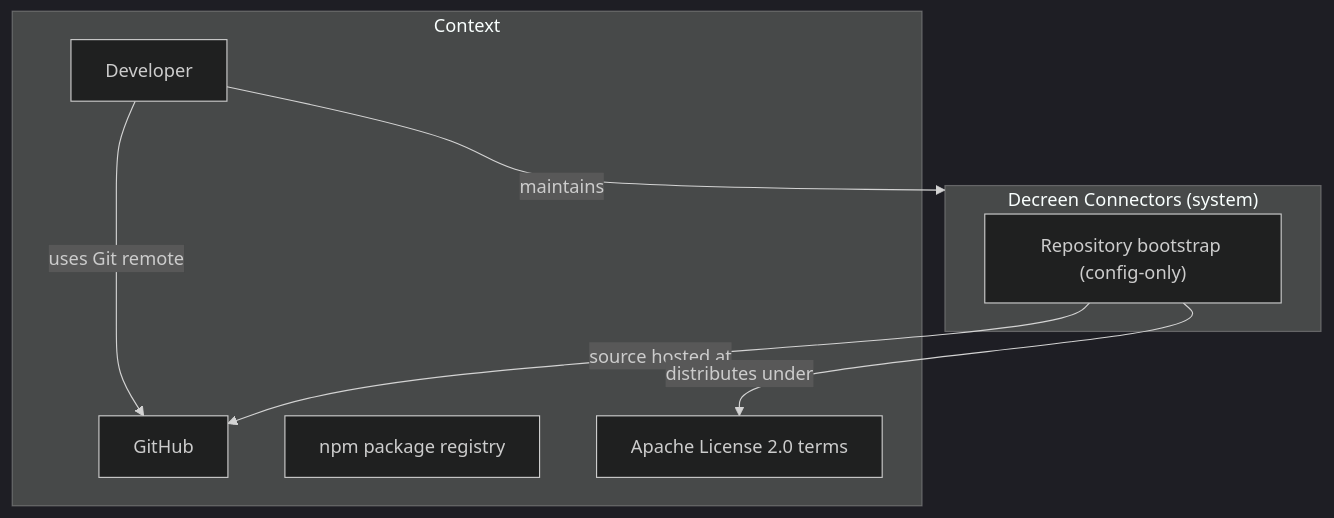
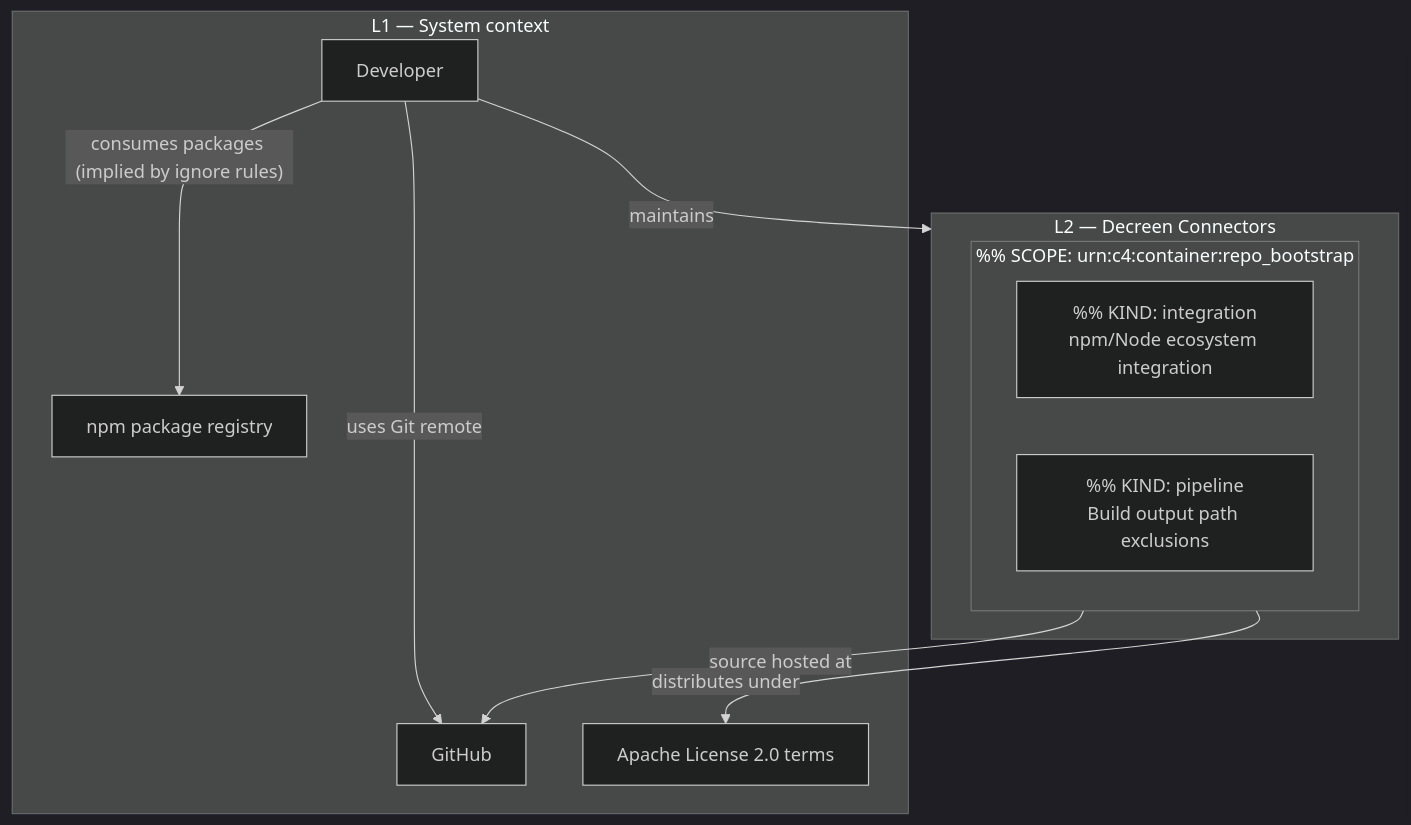
One commit to Decreen/decreen-connectors changed the diagram in docs/c4-live.mermaid.md. Above: the diagram before and after it, drawn with Mermaid (dark theme). The commit also changed 3 other files, not shown here.

Commit message:
feat(c4): Pass 3 components for bootstrap container

````diff
--- a/docs/c4-live.mermaid.md
+++ b/docs/c4-live.mermaid.md
@@ -3,16 +3,20 @@
 ```mermaid
 flowchart TB
-  subgraph L1["Context"]
+  subgraph CTX["L1 — System context"]
     actor_developer["Developer"]
     ext_github["GitHub"]
     ext_npm["npm package registry"]
     ext_license["Apache License 2.0 terms"]
   end
-  subgraph L2["Decreen Connectors (system)"]
-    ctr_bootstrap["Repository bootstrap (config-only)"]
+  subgraph SYS["L2 — Decreen Connectors"]
+    subgraph CTR["%% SCOPE: urn:c4:container:repo_bootstrap"]
+      comp_npm["%% KIND: integration\nnpm/Node ecosystem integration"]
+      comp_build["%% KIND: pipeline\nBuild output path exclusions"]
+    end
   end
   actor_developer -->|"uses Git remote"| ext_github
-  actor_developer -->|"maintains"| L2
-  ctr_bootstrap -->|"source hosted at"| ext_github
-  ctr_bootstrap -->|"distributes under"| ext_license
+  actor_developer -->|"consumes packages (implied by ignore rules)"| ext_npm
+  actor_developer -->|"maintains"| SYS
+  CTR -->|"source hosted at"| ext_github
+  CTR -->|"distributes under"| ext_license
 ```
````
